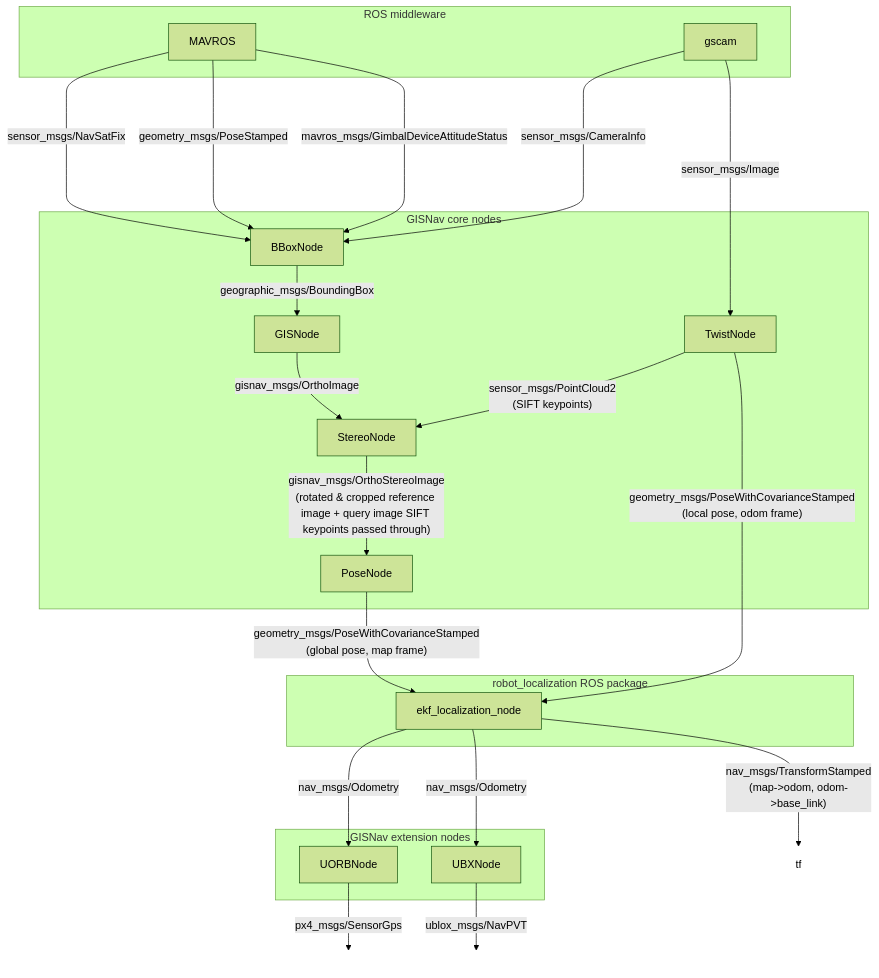
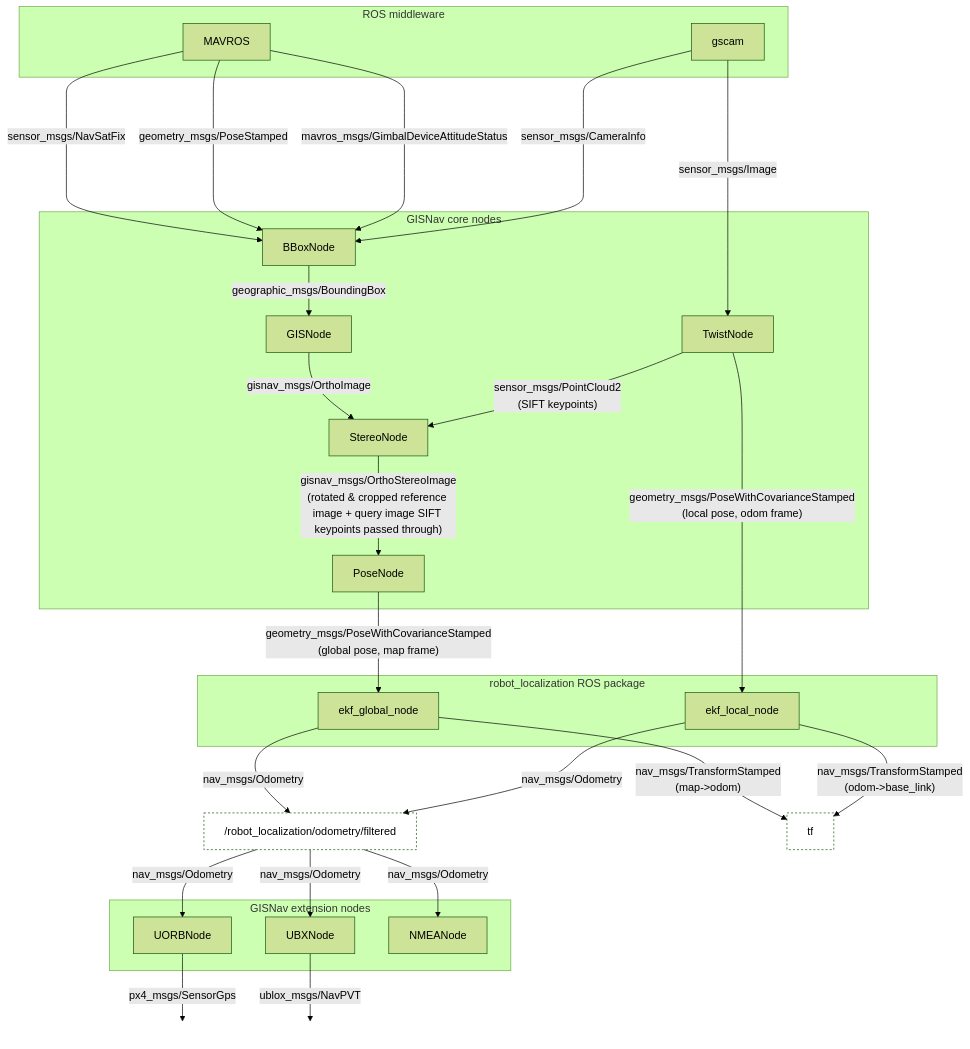
The first of 3 diagrams in docs/vitepress/docs/system-architecture.md (hmakelin/gisnav), drawn with Mermaid (forest theme) before and after one commit. The commit also changed other lines of this file, not shown here.

Commit message:
Update service architecture and ROS topography diagrams

````diff
--- a/docs/vitepress/docs/system-architecture.md
+++ b/docs/vitepress/docs/system-architecture.md
@@ -19,43 +13,51 @@
 ```mermaid
 graph TB
     subgraph ros_middleware["ROS middleware"]
         MAVROS
         gscam
     end
 
     MAVROS -->|"sensor_msgs/NavSatFix"| BBoxNode
     MAVROS -->|"geometry_msgs/PoseStamped"| BBoxNode
     MAVROS -->|"mavros_msgs/GimbalDeviceAttitudeStatus"| BBoxNode
     gscam ---->|"sensor_msgs/CameraInfo"| BBoxNode
     gscam ---->|"sensor_msgs/Image"| TwistNode
 
     subgraph core["GISNav core nodes"]
         BBoxNode -->|"geographic_msgs/BoundingBox"| GISNode
         GISNode -->|"gisnav_msgs/OrthoImage"| StereoNode
         StereoNode -->|"gisnav_msgs/OrthoStereoImage\n(rotated & cropped reference image + query image SIFT keypoints passed through)"| PoseNode
         TwistNode -->|"sensor_msgs/PointCloud2\n(SIFT keypoints)"| StereoNode
     end
 
     subgraph extension["GISNav extension nodes"]
         UBXNode["UBXNode"]
         UORBNode["UORBNode"]
+        NMEANode["NMEANode"]
     end
 
+    odometry["/robot_localization/odometry/filtered"] -->|"nav_msgs/Odometry"| UORBNode
+    odometry -->|"nav_msgs/Odometry"| UBXNode
+    odometry -->|"nav_msgs/Odometry"| NMEANode
+
     subgraph robot_localization["robot_localization ROS package"]
-        ekf["ekf_localization_node"] -->|"nav_msgs/Odometry"| UORBNode
-        ekf["ekf_localization_node"] -->|"nav_msgs/Odometry"| UBXNode
+        ekf_global_node
+        ekf_local_node
     end
+    ekf_global_node -->|"nav_msgs/Odometry"| odometry
+    ekf_local_node -->|"nav_msgs/Odometry"| odometry
+    TwistNode -->|"geometry_msgs/PoseWithCovarianceStamped\n(local pose, odom frame)"| ekf_local_node
 
-    TwistNode -->|"geometry_msgs/PoseWithCovarianceStamped\n(local pose, odom frame)"| ekf
-
-    PoseNode -->|"geometry_msgs/PoseWithCovarianceStamped\n(global pose, map frame)"| ekf
+    PoseNode -->|"geometry_msgs/PoseWithCovarianceStamped\n(global pose, map frame)"| ekf_global_node
     UORBNode -->|"px4_msgs/SensorGps"| micro_ros_agent[" "]
     UBXNode -->|"ublox_msgs/NavPVT"| ubx[" "]
 
-    ekf["ekf_localization_node"] -->|"nav_msgs/TransformStamped\n(map->odom, odom->base_link)"| tf
+    ekf_global_node -->|"nav_msgs/TransformStamped\n(map->odom)"| tf
+    ekf_local_node -->|"nav_msgs/TransformStamped\n(odom->base_link)"| tf
 
     style micro_ros_agent fill-opacity:0, stroke-opacity:0;
     style ubx fill-opacity:0, stroke-opacity:0;
-    style tf fill-opacity:0, stroke-opacity:0;
+    style tf fill-opacity:0, stroke-width:1px,stroke-dasharray:3;
+    style odometry fill-opacity:0, stroke-width:1px,stroke-dasharray:3;
 
 ```
````
